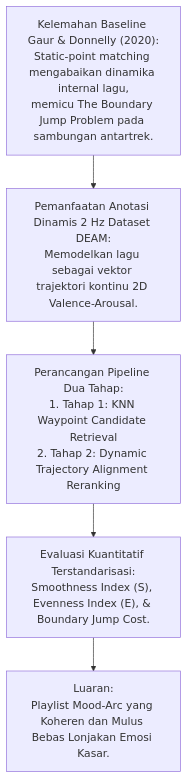
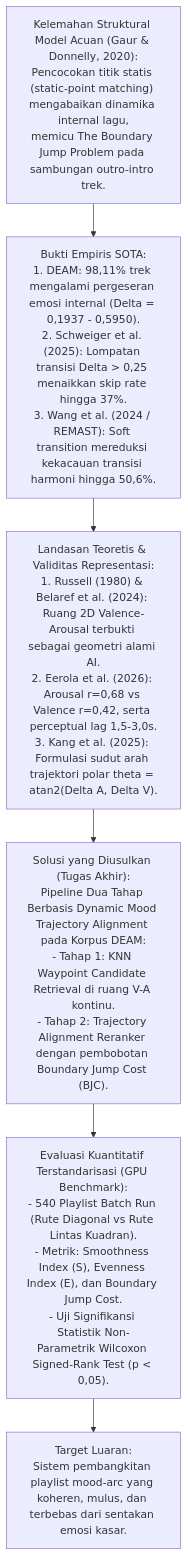
Before and after one commit to cengkooo/Catatan-Logs-TA: the diagram in 06-Naskah-Draft/01-Skenario-Murni-Komputasional/Bab-2-Tinjauan-Pustaka.md, drawn with Mermaid. The commit also changed other lines of this file and 6 other files, not shown here.

Commit message:
docs(draft): perbarui draf Bab 1, 2, 3 pada Skenario 1 dan Skenario 2 dengan 23 literatur primer

````diff
--- a/06-Naskah-Draft/01-Skenario-Murni-Komputasional/Bab-2-Tinjauan-Pustaka.md
+++ b/06-Naskah-Draft/01-Skenario-Murni-Komputasional/Bab-2-Tinjauan-Pustaka.md
@@ -80,7 +99,12 @@
 ```mermaid
 flowchart TD
-    Masalah["Kelemahan Baseline Gaur & Donnelly (2020):<br/>Static-point matching mengabaikan dinamika internal lagu,<br/>memicu The Boundary Jump Problem pada sambungan antartrek."] --> Solusi["Pemanfaatan Anotasi Dinamis 2 Hz Dataset DEAM:<br/>Memodelkan lagu sebagai vektor trajektori kontinu 2D Valence-Arousal."]
-    Solusi --> Pipeline["Perancangan Pipeline Dua Tahap:<br/>1. Tahap 1: KNN Waypoint Candidate Retrieval<br/>2. Tahap 2: Dynamic Trajectory Alignment Reranking"]
-    Pipeline --> Evaluasi["Evaluasi Kuantitatif Terstandarisasi:<br/>Smoothness Index (S), Evenness Index (E), & Boundary Jump Cost."]
-    Evaluasi --> Luaran["Luaran:<br/>Playlist Mood-Arc yang Koheren dan Mulus Bebas Lonjakan Emosi Kasar."]
+    Masalah["Kelemahan Struktural Model Acuan (Gaur & Donnelly, 2020):<br/>Pencocokan titik statis (static-point matching) mengabaikan dinamika internal lagu,<br/>memicu The Boundary Jump Problem pada sambungan outro-intro trek."] --> Bukti["Bukti Empiris SOTA:<br/>1. DEAM: 98,11% trek mengalami pergeseran emosi internal (Delta = 0,1937 - 0,5950).<br/>2. Schweiger et al. (2025): Lompatan transisi Delta > 0,25 menaikkan skip rate hingga 37%.<br/>3. Wang et al. (2024 / REMAST): Soft transition mereduksi kekacauan transisi harmoni hingga 50,6%."]
+    
+    Bukti --> Teori["Landasan Teoretis & Validitas Representasi:<br/>1. Russell (1980) & Belaref et al. (2024): Ruang 2D Valence-Arousal terbukti sebagai geometri alami AI.<br/>2. Eerola et al. (2026): Arousal r=0,68 vs Valence r=0,42, serta perceptual lag 1,5-3,0s.<br/>3. Kang et al. (2025): Formulasi sudut arah trajektori polar theta = atan2(Delta A, Delta V)."]
+    
+    Teori --> Solusi["Solusi yang Diusulkan (Tugas Akhir):<br/>Pipeline Dua Tahap Berbasis Dynamic Mood Trajectory Alignment pada Korpus DEAM:<br/>- Tahap 1: KNN Waypoint Candidate Retrieval di ruang V-A kontinu.<br/>- Tahap 2: Trajectory Alignment Reranker dengan pembobotan Boundary Jump Cost (BJC)."]
+    
+    Solusi --> Evaluasi["Evaluasi Kuantitatif Terstandarisasi (GPU Benchmark):<br/>- 540 Playlist Batch Run (Rute Diagonal vs Rute Lintas Kuadran).<br/>- Metrik: Smoothness Index (S), Evenness Index (E), dan Boundary Jump Cost.<br/>- Uji Signifikansi Statistik Non-Parametrik Wilcoxon Signed-Rank Test (p < 0,05)."]
+    
+    Evaluasi --> Luaran["Target Luaran:<br/>Sistem pembangkitan playlist mood-arc yang koheren, mulus, dan terbebas dari sentakan emosi kasar."]
 ```
````
